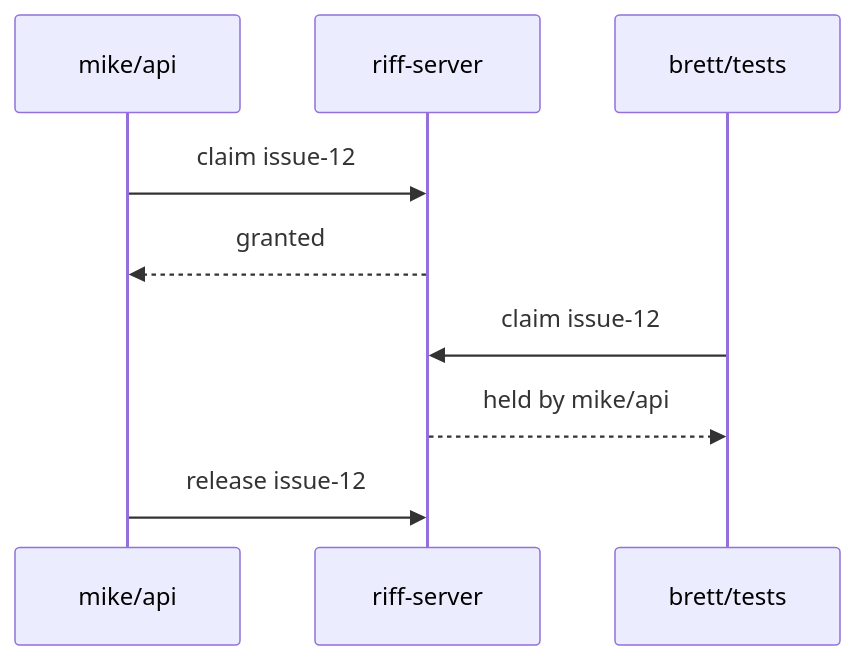
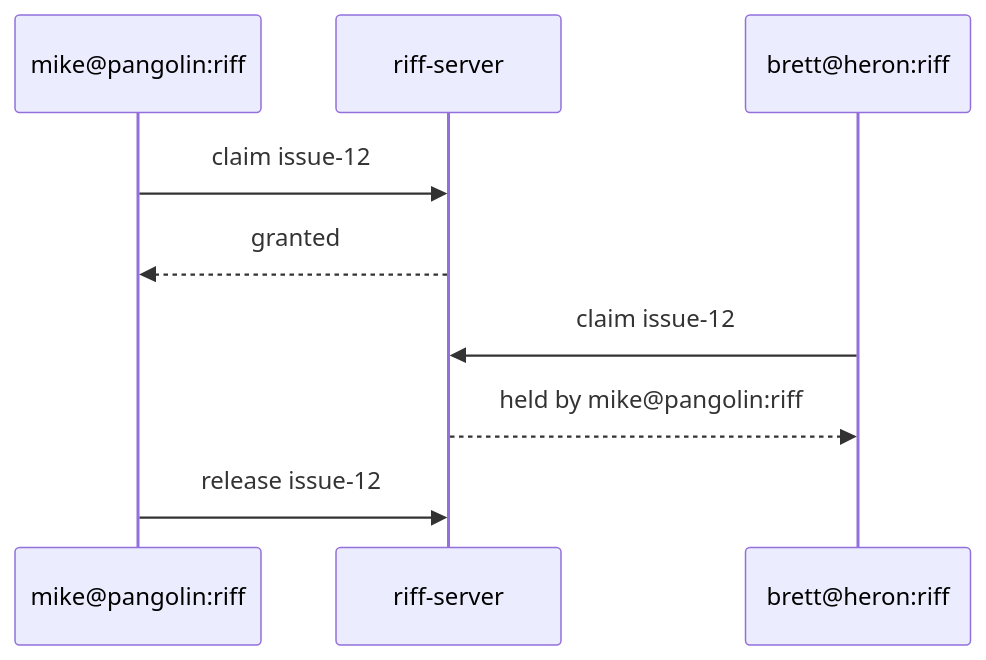
The fifth of 5 diagrams in docs/src/how-it-works.md (como-technologies/riff), drawn with Mermaid before and after one commit. The commit also changed other lines of this file and 1 other file, not shown here.

````diff
--- a/docs/src/how-it-works.md
+++ b/docs/src/how-it-works.md
@@ -83,11 +94,11 @@
 ```mermaid
 sequenceDiagram
-    participant A as mike/api
+    participant A as mike@pangolin:riff#api
     participant E as riff-server
-    participant B as brett/tests
+    participant B as brett@heron:riff#tests
     A->>E: claim issue-12
     E-->>A: granted
     B->>E: claim issue-12
-    E-->>B: held by mike/api
+    E-->>B: held by mike@pangolin:riff#api
     A->>E: release issue-12
 ```
````
